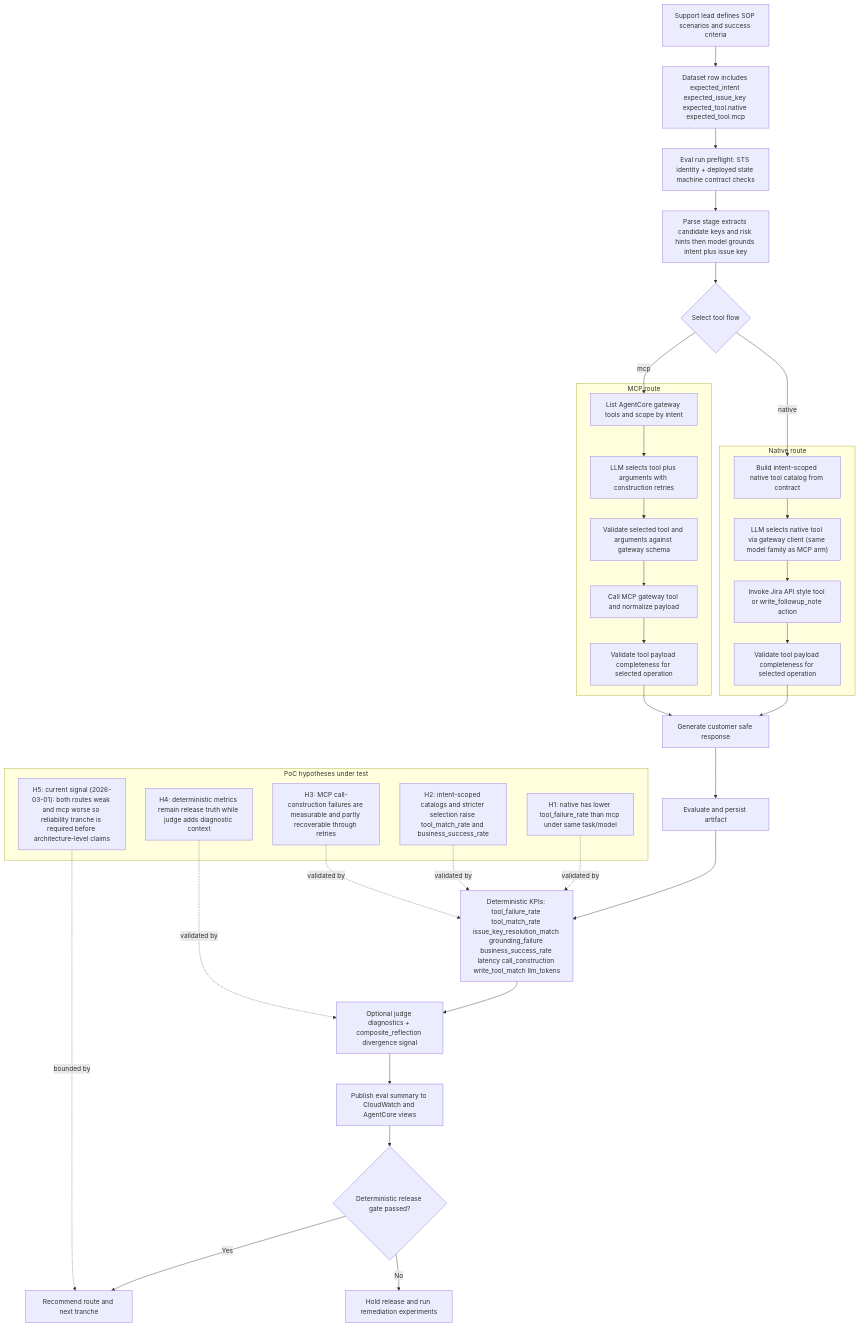
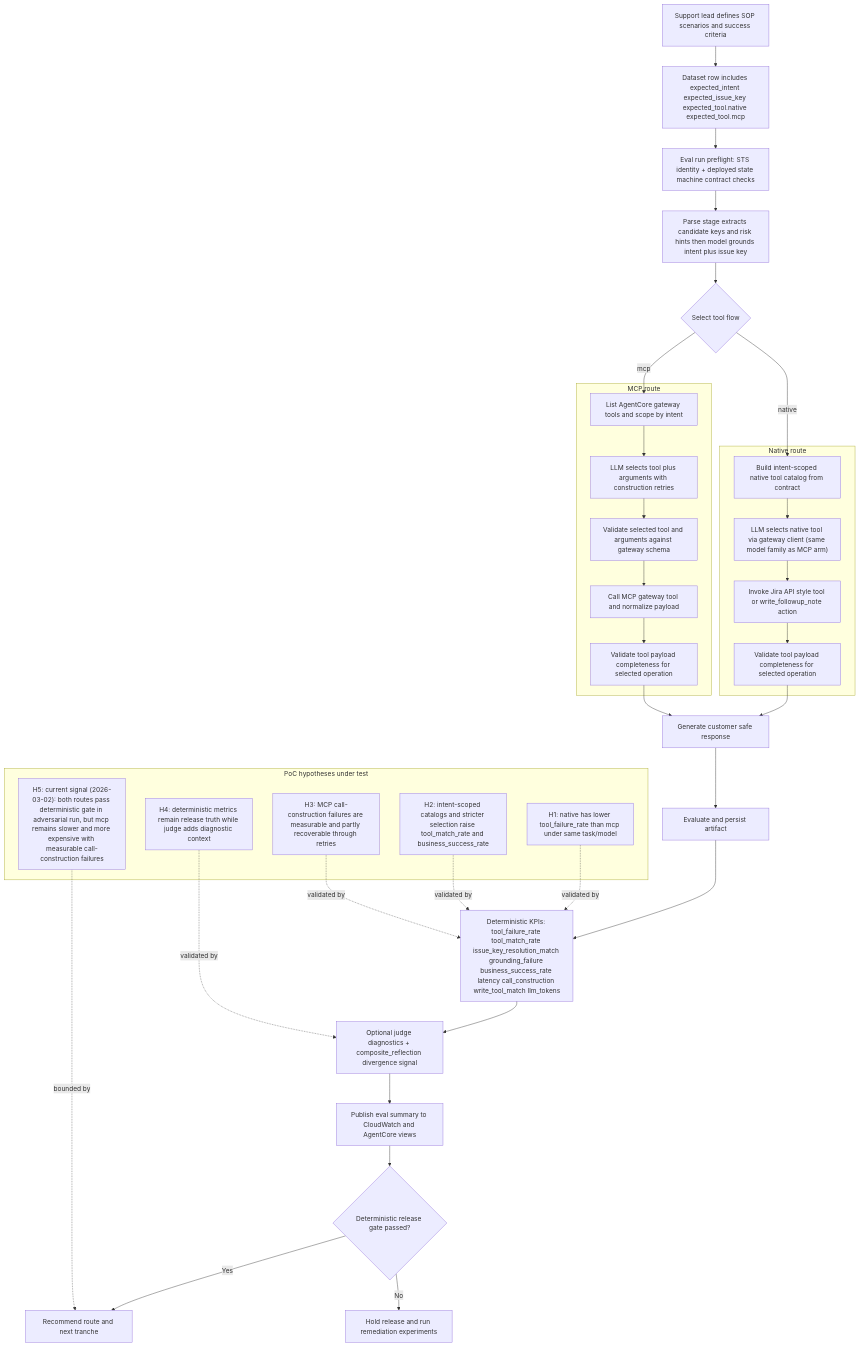
One commit to adam-jackson-cf/flutter-aws-poc changed the diagram in README.md. Above: the diagram before and after it, drawn with Mermaid. The commit also changed other lines of this file and 17 other files, not shown here.

````diff
--- a/README.md
+++ b/README.md
@@ -69,57 +68,57 @@
 ```mermaid
 flowchart TD
     A["Support lead defines SOP scenarios and success criteria"]
     B["Dataset row includes expected_intent expected_issue_key expected_tool.native expected_tool.mcp"]
     C["Eval run preflight: STS identity + deployed state machine contract checks"]
     D["Parse stage extracts candidate keys and risk hints then model grounds intent plus issue key"]
     E{"Select tool flow"}
 
     subgraph N["Native route"]
       N1["Build intent-scoped native tool catalog from contract"]
       N2["LLM selects native tool via gateway client (same model family as MCP arm)"]
       N3["Invoke Jira API style tool or write_followup_note action"]
       N4["Validate tool payload completeness for selected operation"]
       N1 --> N2 --> N3 --> N4
     end
 
     subgraph M["MCP route"]
       M1["List AgentCore gateway tools and scope by intent"]
       M2["LLM selects tool plus arguments with construction retries"]
       M3["Validate selected tool and arguments against gateway schema"]
       M4["Call MCP gateway tool and normalize payload"]
       M5["Validate tool payload completeness for selected operation"]
       M1 --> M2 --> M3 --> M4 --> M5
     end
 
     F["Generate customer safe response"]
     G["Evaluate and persist artifact"]
     H["Deterministic KPIs: tool_failure_rate tool_match_rate issue_key_resolution_match grounding_failure business_success_rate latency call_construction write_tool_match llm_tokens"]
     I["Optional judge diagnostics + composite_reflection divergence signal"]
     J["Publish eval summary to CloudWatch and AgentCore views"]
     K{"Deterministic release gate passed?"}
     L["Recommend route and next tranche"]
     R["Hold release and run remediation experiments"]
 
     subgraph Y["PoC hypotheses under test"]
       Y1["H1: native has lower tool_failure_rate than mcp under same task/model"]
       Y2["H2: intent-scoped catalogs and stricter selection raise tool_match_rate and business_success_rate"]
       Y3["H3: MCP call-construction failures are measurable and partly recoverable through retries"]
       Y4["H4: deterministic metrics remain release truth while judge adds diagnostic context"]
-      Y5["H5: current signal (2026-03-01): both routes weak and mcp worse so reliability tranche is required before architecture-level claims"]
+      Y5["H5: current signal (2026-03-02): both routes pass deterministic gate in adversarial run, but mcp remains slower and more expensive with measurable call-construction failures"]
     end
 
     A --> B --> C --> D --> E
     E -->|native| N1
     E -->|mcp| M1
     N4 --> F
     M5 --> F
     F --> G --> H --> I --> J --> K
     K -->|Yes| L
     K -->|No| R
 
     Y1 -.validated by.-> H
     Y2 -.validated by.-> H
     Y3 -.validated by.-> H
     Y4 -.validated by.-> I
     Y5 -.bounded by.-> L
 ```
````
